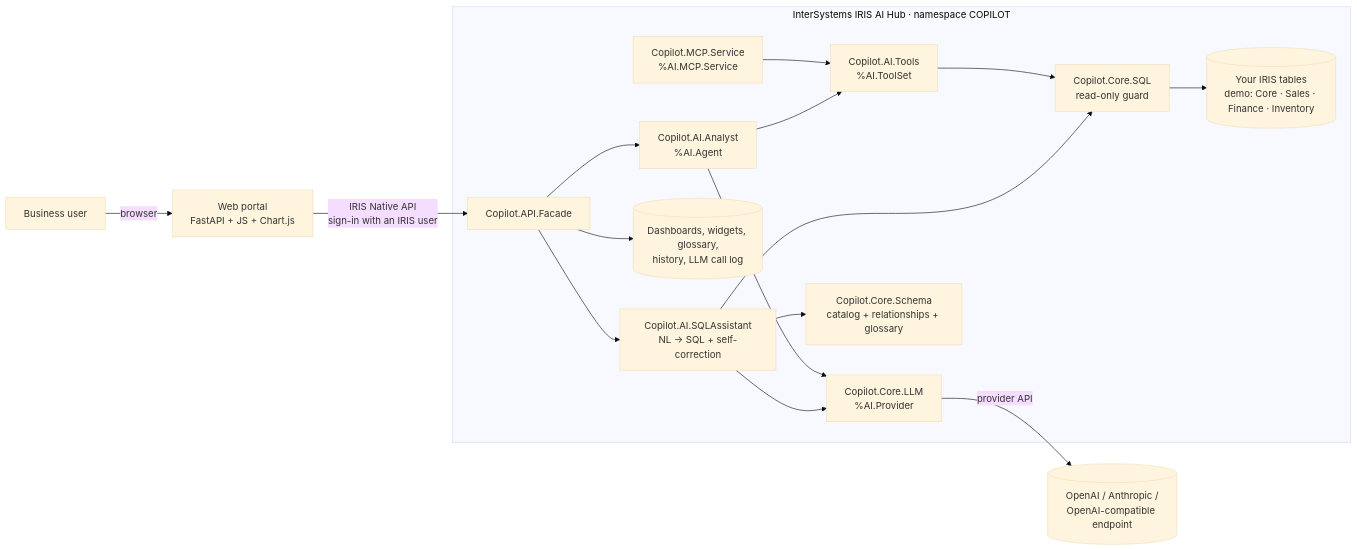
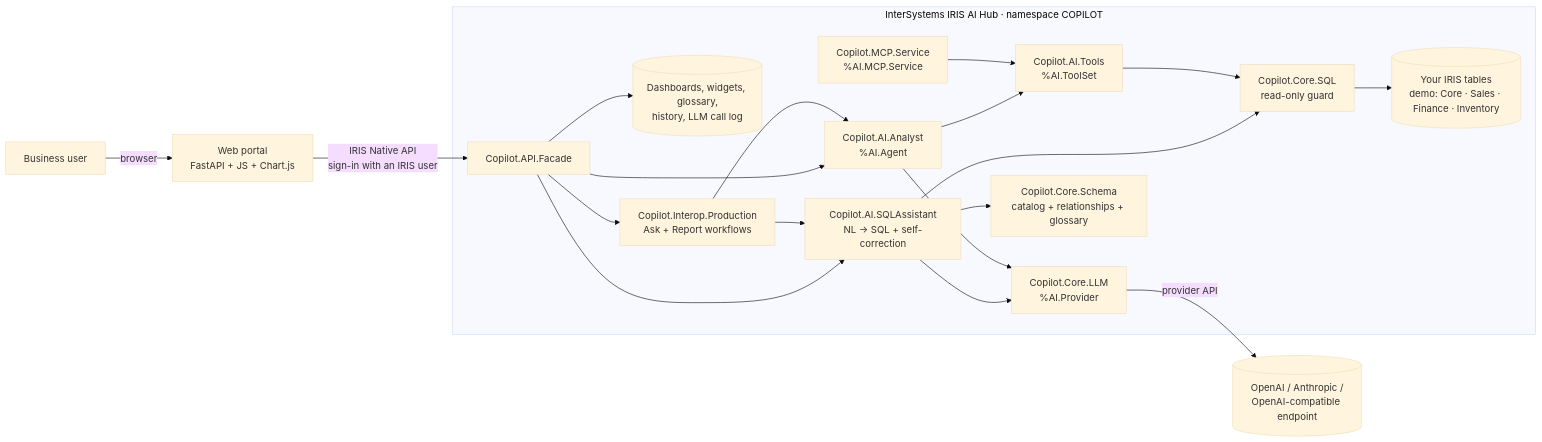
Before and after one commit to Andre-Dienes/iris-dashboard-ai: the second of 2 diagrams in README.md, drawn with Mermaid (base theme). The commit also changed other lines of this file and 44 other files, not shown here.

First line of the commit message:
Add interoperability production: AI agents in Ask and Report workflows

````diff
--- a/README.md
+++ b/README.md
@@ -37,19 +99,22 @@
 ```mermaid
 flowchart LR
     U[Business user] -->|browser| W[Web portal<br/>FastAPI + JS + Chart.js]
     W -->|IRIS Native API<br/>sign-in with an IRIS user| F[Copilot.API.Facade]
     subgraph IRIS[InterSystems IRIS AI Hub · namespace COPILOT]
         F --> A[Copilot.AI.SQLAssistant<br/>NL → SQL + self-correction]
         F --> G[Copilot.AI.Analyst<br/>%AI.Agent]
         G --> T[Copilot.AI.Tools<br/>%AI.ToolSet]
         A --> L[Copilot.Core.LLM<br/>%AI.Provider]
         G --> L
         A --> S[Copilot.Core.Schema<br/>catalog + relationships + glossary]
         A --> Q[Copilot.Core.SQL<br/>read-only guard]
         T --> Q
         Q --> D[(Your IRIS tables<br/>demo: Core · Sales · Finance · Inventory)]
         F --> P[(Dashboards, widgets, glossary,<br/>history, LLM call log)]
         M[Copilot.MCP.Service<br/>%AI.MCP.Service] --> T
+        F --> X[Copilot.Interop.Production<br/>Ask + Report workflows]
+        X --> A
+        X --> G
     end
     L -->|provider API| LLM[(OpenAI / Anthropic /<br/>OpenAI-compatible endpoint)]
 ```
````
